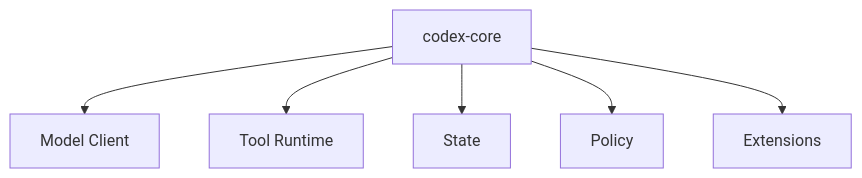
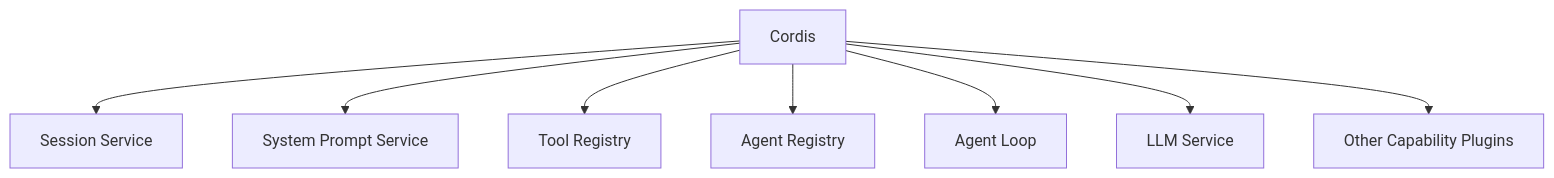
One commit to indigofeather/harness-book changed the first of 4 diagrams in docs/deepseek/architecture.md. Above: the diagram before and after it, drawn with Mermaid. The commit also changed other lines of this file and 48 other files, not shown here.

````diff
--- a/docs/deepseek/architecture.md
+++ b/docs/deepseek/architecture.md
@@ -13,9 +22,11 @@
 ```mermaid
 flowchart TB
-  C[codex-core]
-  C --> M[Model Client]
-  C --> T[Tool Runtime]
-  C --> S[State]
-  C --> P[Policy]
-  C --> E[Extensions]
+  C[Cordis]
+  C --> S1[Session Service]
+  C --> S2[System Prompt Service]
+  C --> S3[Tool Registry]
+  C --> S4[Agent Registry]
+  C --> S5[Agent Loop]
+  C --> S6[LLM Service]
+  C --> X[Other Capability Plugins]
 ```
````
